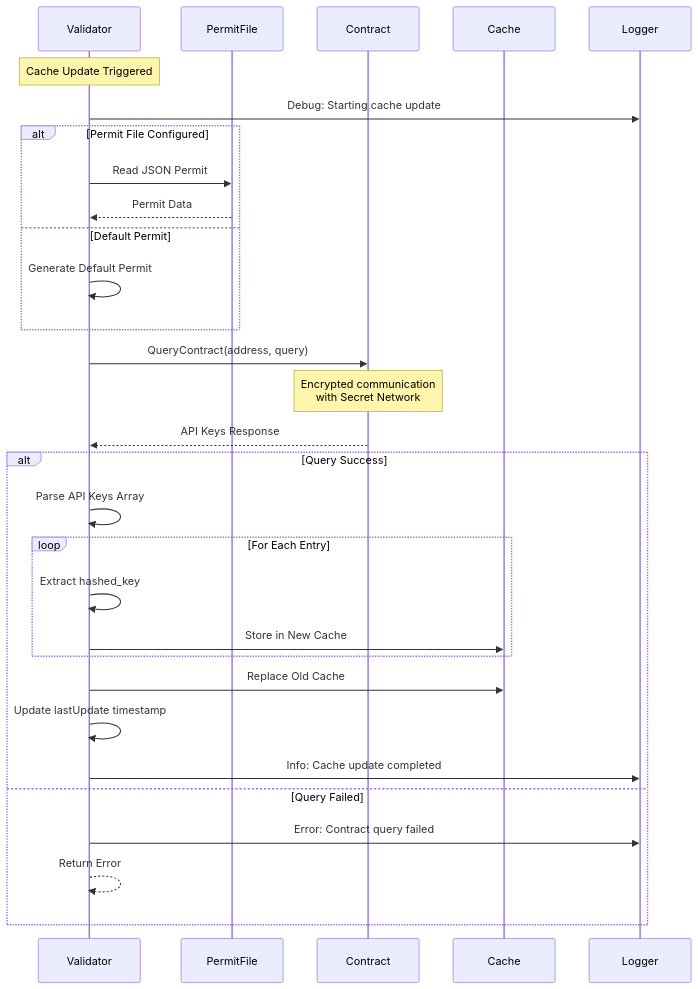
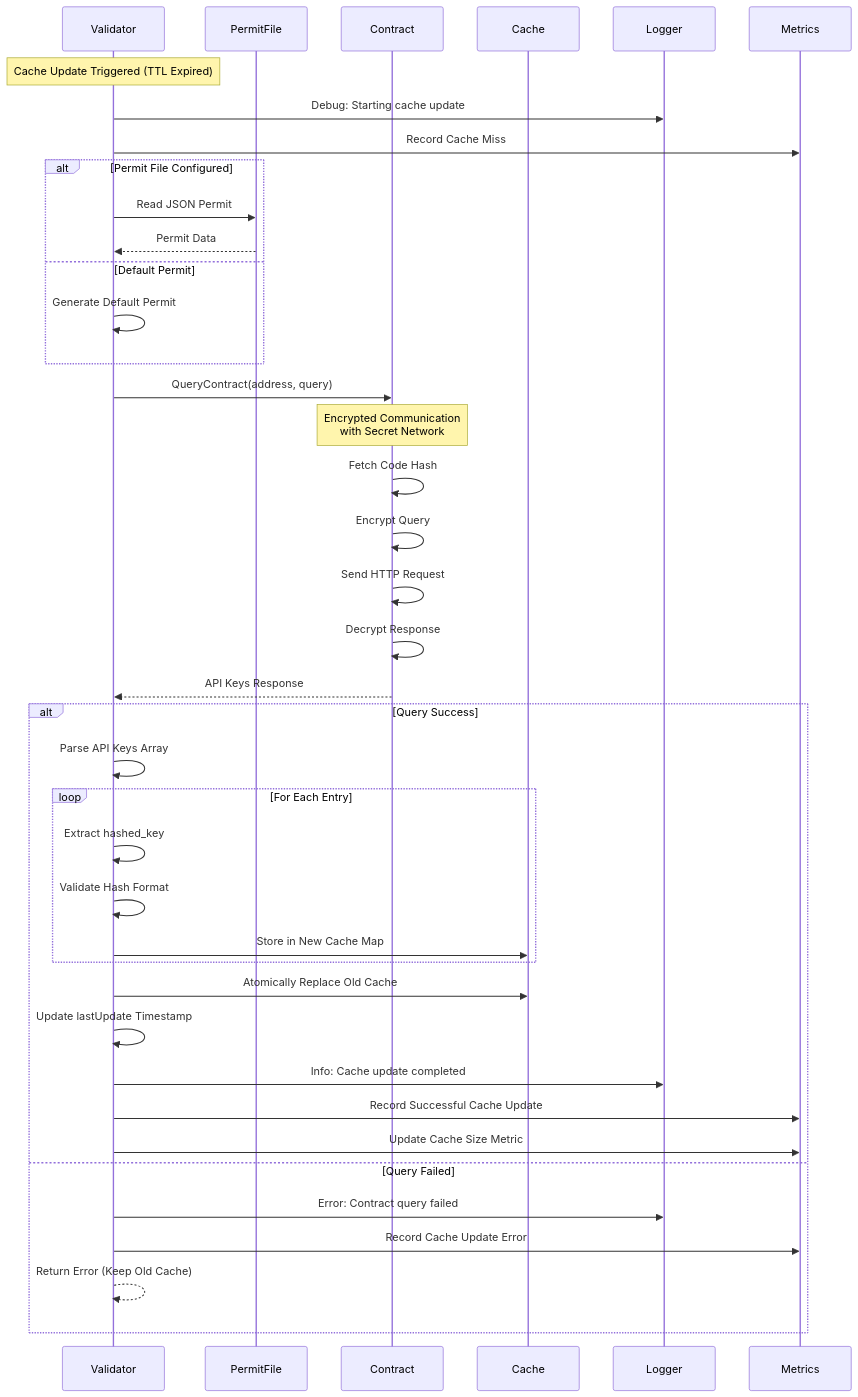
Before and after one commit to scrtlabs/secret-ai-caddy: the seventh of 10 diagrams in ARCHITECTURE.md, drawn with Mermaid. The commit also changed other lines of this file and 28 other files, not shown here.

````diff
--- a/ARCHITECTURE.md
+++ b/ARCHITECTURE.md
@@ -191,37 +545,51 @@
 ```mermaid
 sequenceDiagram
     participant Validator
     participant PermitFile
     participant Contract
     participant Cache
     participant Logger
+    participant Metrics
     
-    Note over Validator: Cache Update Triggered
+    Note over Validator: Cache Update Triggered (TTL Expired)
     Validator->>Logger: Debug: Starting cache update
+    Validator->>Metrics: Record Cache Miss
     
     alt Permit File Configured
         Validator->>PermitFile: Read JSON Permit
         PermitFile-->>Validator: Permit Data
     else Default Permit
         Validator->>Validator: Generate Default Permit
     end
     
     Validator->>Contract: QueryContract(address, query)
-    Note over Contract: Encrypted communication<br/>with Secret Network
+    
+    Note over Contract: Encrypted Communication<br/>with Secret Network
+    Contract->>Contract: Fetch Code Hash
+    Contract->>Contract: Encrypt Query
+    Contract->>Contract: Send HTTP Request
+    Contract->>Contract: Decrypt Response
+    
     Contract-->>Validator: API Keys Response
     
     alt Query Success
         Validator->>Validator: Parse API Keys Array
+        
         loop For Each Entry
             Validator->>Validator: Extract hashed_key
-            Validator->>Cache: Store in New Cache
+            Validator->>Validator: Validate Hash Format
+            Validator->>Cache: Store in New Cache Map
         end
         
-        Validator->>Cache: Replace Old Cache
-        Validator->>Validator: Update lastUpdate timestamp
+        Validator->>Cache: Atomically Replace Old Cache
+        Validator->>Validator: Update lastUpdate Timestamp
         Validator->>Logger: Info: Cache update completed
+        Validator->>Metrics: Record Successful Cache Update
+        Validator->>Metrics: Update Cache Size Metric
+        
     else Query Failed
         Validator->>Logger: Error: Contract query failed
-        Validator-->>Validator: Return Error
+        Validator->>Metrics: Record Cache Update Error
+        Validator-->>Validator: Return Error (Keep Old Cache)
     end
 ```
````
